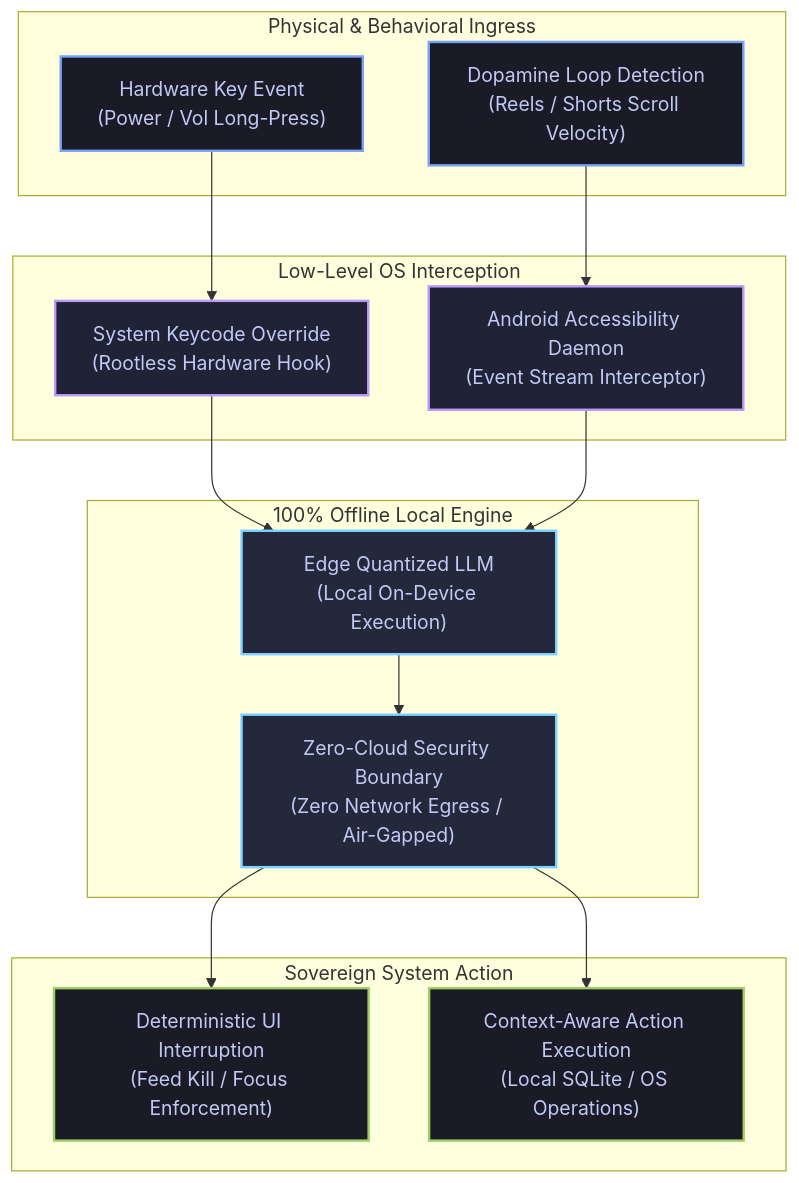
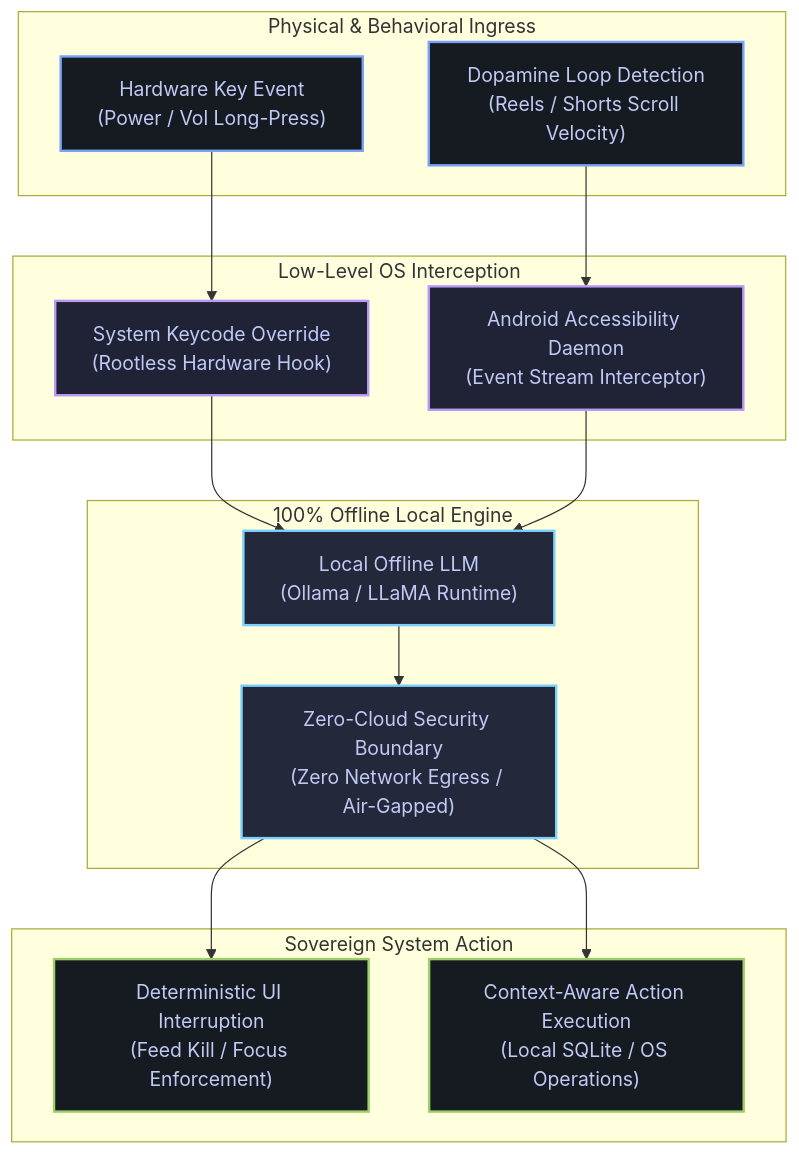
One commit to tanjim-ahmmed-shuvo/tanjim-ahmmed-shuvo changed the diagram in README.md. Above: the diagram before and after it, drawn with Mermaid. The commit also changed other lines of this file, not shown here.

````diff
--- a/README.md
+++ b/README.md
@@ -35,35 +206,35 @@
 ```mermaid
 flowchart TD
-    classDef hardware fill:#1A1B26,stroke:#7AA2F7,stroke-width:2px,color:#C0CAF5;
+    classDef hardware fill:#161B22,stroke:#7AA2F7,stroke-width:2px,color:#C0CAF5;
     classDef security fill:#1F2335,stroke:#BB9AF7,stroke-width:2px,color:#C0CAF5;
     classDef core fill:#24283B,stroke:#7DCFFF,stroke-width:2px,color:#C0CAF5;
-    classDef sovereign fill:#1A1B26,stroke:#9ECE6A,stroke-width:2px,color:#C0CAF5;
+    classDef sovereign fill:#161B22,stroke:#9ECE6A,stroke-width:2px,color:#C0CAF5;
 
     subgraph Input_Ingress ["Physical & Behavioral Ingress"]
         A["Hardware Key Event<br/>(Power / Vol Long-Press)"]:::hardware
         B["Dopamine Loop Detection<br/>(Reels / Shorts Scroll Velocity)"]:::hardware
     end
 
     subgraph System_Interception ["Low-Level OS Interception"]
         C["Android Accessibility Daemon<br/>(Event Stream Interceptor)"]:::security
         D["System Keycode Override<br/>(Rootless Hardware Hook)"]:::security
     end
 
     subgraph Sovereign_Runtime ["100% Offline Local Engine"]
-        E["Edge Quantized LLM<br/>(Local On-Device Execution)"]:::core
+        E["Local Offline LLM<br/>(Ollama / LLaMA Runtime)"]:::core
         F["Zero-Cloud Security Boundary<br/>(Zero Network Egress / Air-Gapped)"]:::core
     end
 
     subgraph Execution_Layer ["Sovereign System Action"]
         G["Deterministic UI Interruption<br/>(Feed Kill / Focus Enforcement)"]:::sovereign
         H["Context-Aware Action Execution<br/>(Local SQLite / OS Operations)"]:::sovereign
     end
 
     A --> D
     B --> C
     D --> E
     C --> E
     E --> F
     F --> G
     F --> H
 ```
````
